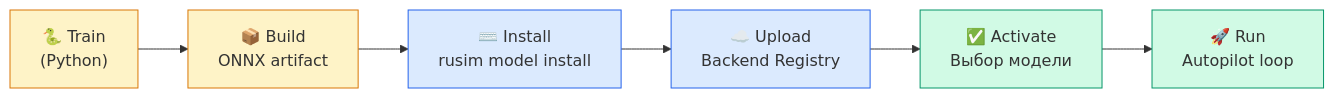
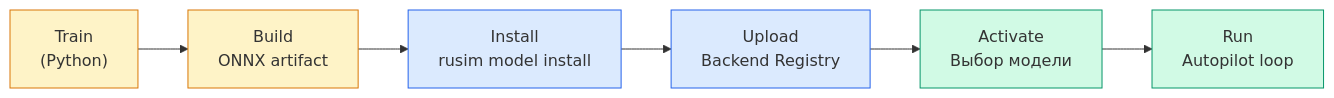
One commit to uav-simulator/uavsimulator changed diagram 18 of 23 in docs/report/prediploma-practice/sprint-1-changelog.md. Above: the diagram before and after it, drawn with Mermaid. The commit also changed other lines of this file and 23 other files, not shown here.

````diff
--- a/docs/report/prediploma-practice/sprint-1-changelog.md
+++ b/docs/report/prediploma-practice/sprint-1-changelog.md
@@ -1317,15 +1317,15 @@
 ```mermaid
 flowchart LR
-    Train["🐍 Train\n(Python)"] --> Build["📦 Build\nONNX artifact"]
-    Build --> Install["⌨️ Install\nrusim model install"]
-    Install --> Upload["☁️ Upload\nBackend Registry"]
-    Upload --> Activate["✅ Activate\nВыбор модели"]
-    Activate --> Run["🚀 Run\nAutopilot loop"]
+    Train["Train\n(Python)"] --> Build["Build\nONNX artifact"]
+    Build --> Install["Install\nrusim model install"]
+    Install --> Upload["Upload\nBackend Registry"]
+    Upload --> Activate["Activate\nВыбор модели"]
+    Activate --> Run["Run\nAutopilot loop"]
 
     style Train fill:#fef3c7,stroke:#d97706
     style Build fill:#fef3c7,stroke:#d97706
     style Install fill:#dbeafe,stroke:#2563eb
     style Upload fill:#dbeafe,stroke:#2563eb
     style Activate fill:#d1fae5,stroke:#059669
     style Run fill:#d1fae5,stroke:#059669
 ```
````
